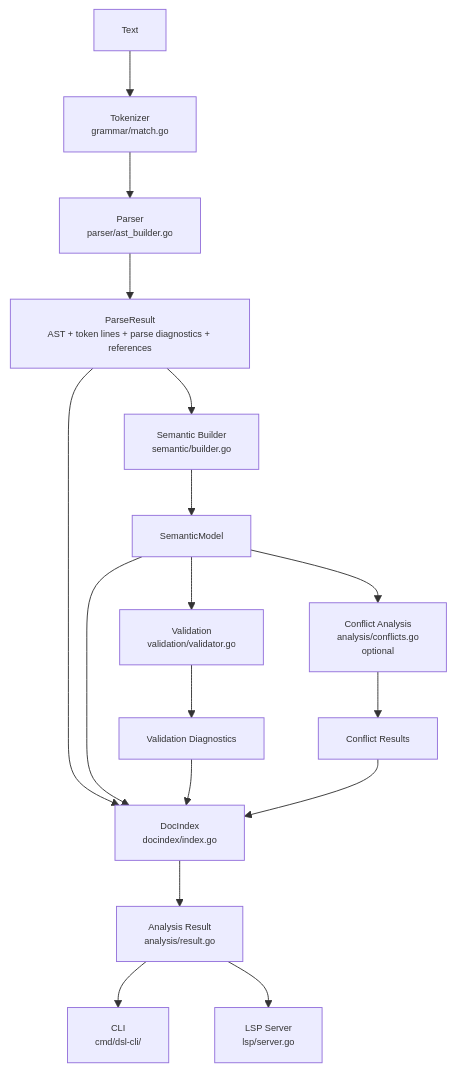
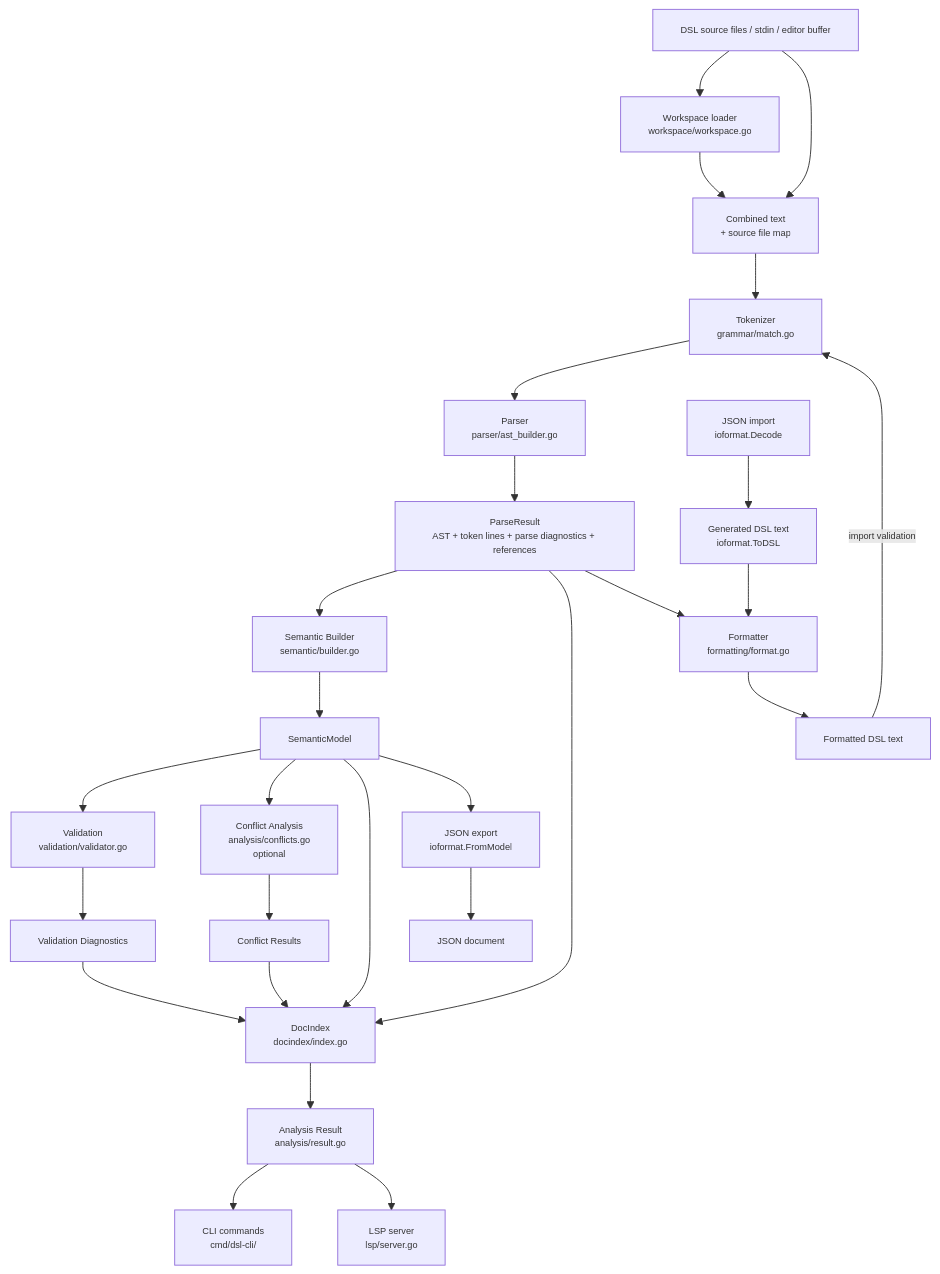
One commit to brogergvhs/value-dsl changed the first of 2 diagrams in docs/content/docs/dev/index.mdx. Above: the diagram before and after it, drawn with Mermaid. The commit also changed other lines of this file and 1 other file, not shown here.

Commit message:
ref: architecture docs improved and comment out vscode flow cause it errored

````diff
--- a/docs/content/docs/dev/index.mdx
+++ b/docs/content/docs/dev/index.mdx
@@ -15,17 +15,30 @@
 ```mermaid
 %%{init: {"themeVariables": {"fontSize": "10px"}} }%%
-flowchart
-  T[Text] --> Tok["Tokenizer\ngrammar/match.go"]
+flowchart TD
+  SRC["DSL source files / stdin / editor buffer"]
+  T["Combined text\n+ source file map"]
+  SRC --> W["Workspace loader\nworkspace/workspace.go"]
+  SRC --> T
+  W --> T
+  T --> Tok["Tokenizer\ngrammar/match.go"]
   Tok --> P["Parser\nparser/ast_builder.go"]
   P --> PR["ParseResult\nAST + token lines + parse diagnostics + references"]
   PR --> SB["Semantic Builder\nsemantic/builder.go"]
   SB --> SM[SemanticModel]
   SM --> V["Validation\nvalidation/validator.go"]
   V --> D[Validation Diagnostics]
   SM --> CA["Conflict Analysis\nanalysis/conflicts.go\noptional"]
   CA --> CR[Conflict Results]
   PR & SM & D & CR --> DI["DocIndex\ndocindex/index.go"]
   DI --> R["Analysis Result\nanalysis/result.go"]
-  R --> CLI["CLI\ncmd/dsl-cli/"]
-  R --> LSP["LSP Server\nlsp/server.go"]
+
+  R --> CLI["CLI commands\ncmd/dsl-cli/"]
+  R --> LSP["LSP server\nlsp/server.go"]
+  PR --> F["Formatter\nformatting/format.go"]
+  F --> FT["Formatted DSL text"]
+  SM --> EX["JSON export\nioformat.FromModel"]
+  EX --> JSON["JSON document"]
+  IMP["JSON import\nioformat.Decode"] --> DSL["Generated DSL text\nioformat.ToDSL"]
+  DSL --> F
+  FT -->|import validation| Tok
 ```
````
